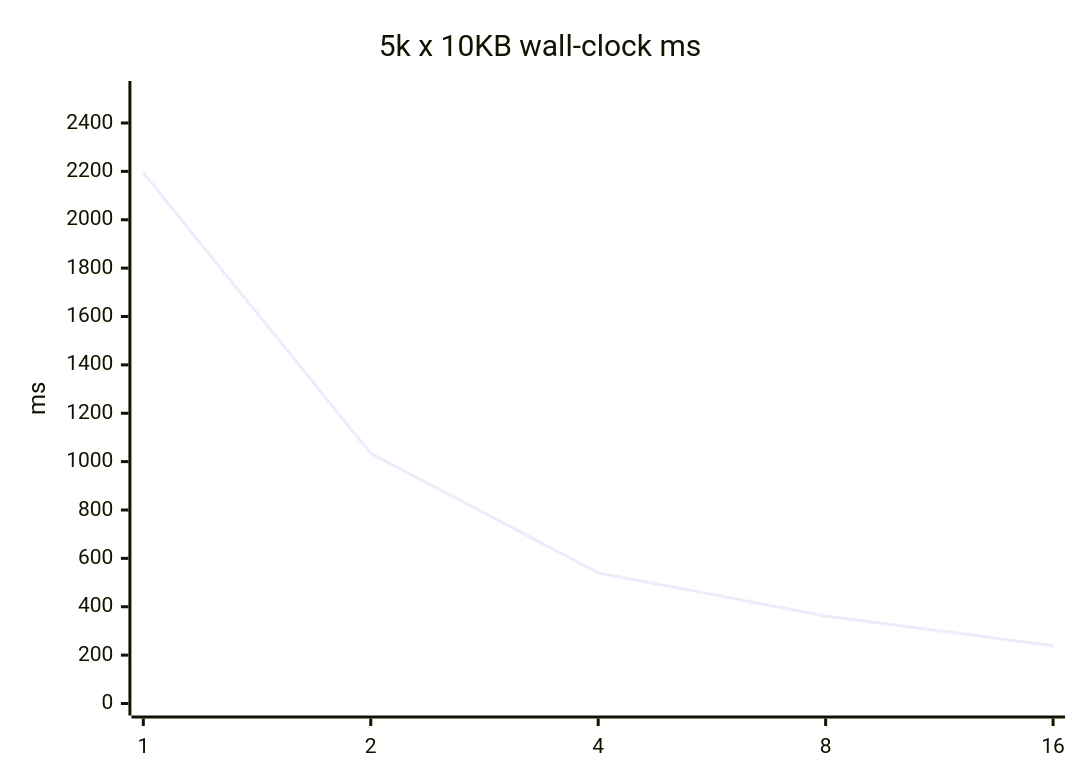
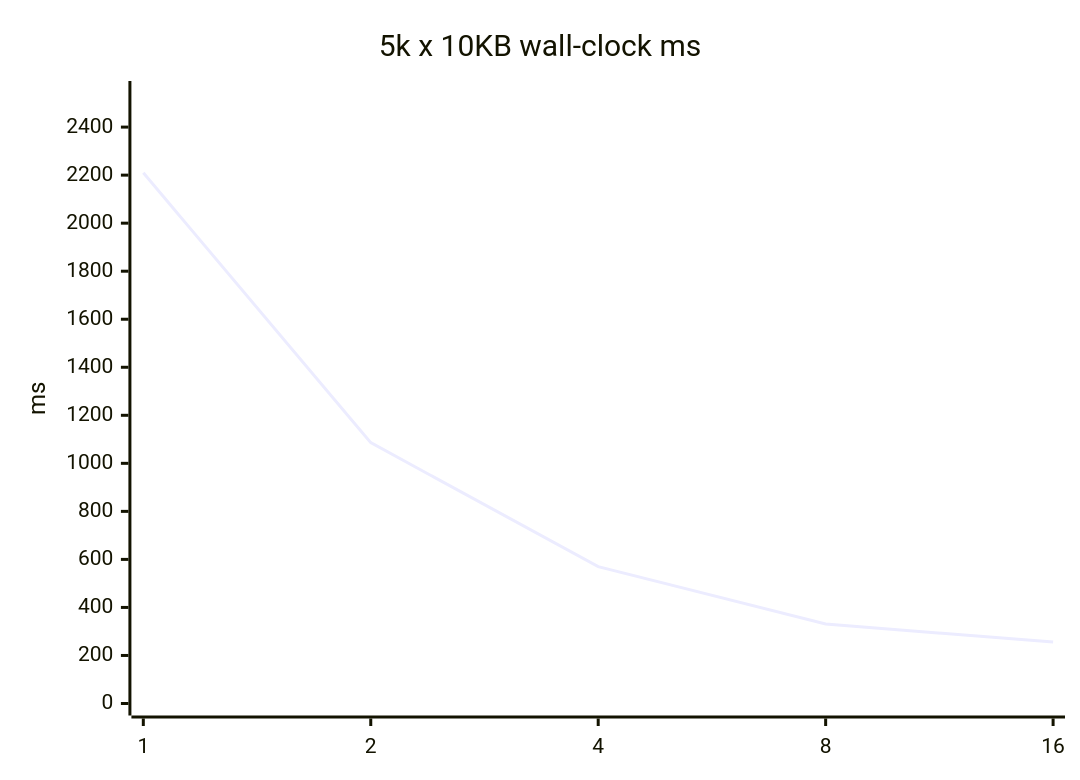
Before and after one commit to Baker4real/unified-env: the second of 3 diagrams in reports/safe-tree-delete-parallelism-benchmark-20260819/REPORT.md, drawn with Mermaid. The commit also changed other lines of this file and 1191 other files, not shown here.

````diff
--- a/reports/safe-tree-delete-parallelism-benchmark-20260819/REPORT.md
+++ b/reports/safe-tree-delete-parallelism-benchmark-20260819/REPORT.md
@@ -58,7 +58,7 @@
 ```mermaid
 xychart-beta
     title "5k x 10KB wall-clock ms"
     x-axis [1, 2, 4, 8, 16]
-    y-axis "ms" 0 --> 2524
-    line [2194, 1034, 540, 362, 239]
+    y-axis "ms" 0 --> 2542
+    line [2210, 1086, 570, 331, 256]
 ```
````
